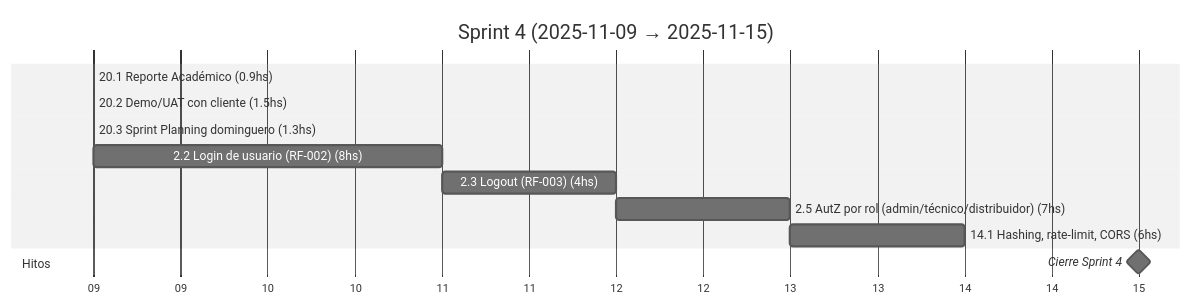
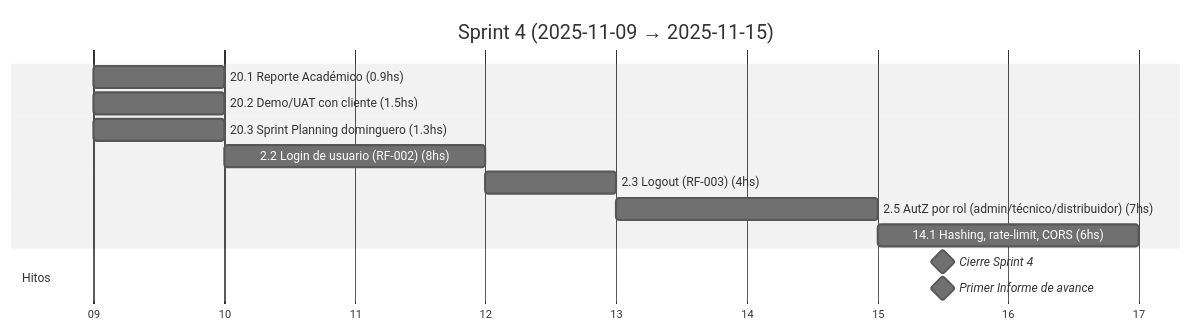
One commit to MarkMed/FleetMan changed the fifth of 18 diagrams in docs/SprintsGantts.md. Above: the diagram before and after it, drawn with Mermaid (neutral theme). The commit also changed other lines of this file, not shown here.

````diff
--- a/docs/SprintsGantts.md
+++ b/docs/SprintsGantts.md
@@ -127,19 +126,20 @@
 ```mermaid
 gantt
   title Sprint 4 (2025-11-09 → 2025-11-15)
   dateFormat  YYYY-MM-DD
   axisFormat  %d
 
   %% Asumimos 5 h/día. Horas estimadas incluidas en el nombre.
 
-  20.1 Reporte Académico (0.9hs)               :t201, 2025-11-09, 0.2d
-  20.2 Demo/UAT con cliente (1.5hs)            :t202, after t201, 0.3d
-  20.3 Sprint Planning dominguero (1.3hs)      :t203, after t202, 0.3d
-  2.2 Login de usuario (RF-002) (8hs)          :t22, after t203, 1.6d
-  2.3 Logout (RF-003) (4hs)                    :t23, after t22, 0.8d
-  2.5 AutZ por rol (admin/técnico/distribuidor) (7hs) :t25, after t23, 1.4d
-  14.1 Hashing, rate-limit, CORS (6hs)         :t141, after t25, 1.2d
+  20.1 Reporte Académico (0.9hs)               :t201, 2025-11-09, 1d
+  20.2 Demo/UAT con cliente (1.5hs)            :t202, 2025-11-09, 1d
+  20.3 Sprint Planning dominguero (1.3hs)      :t203, 2025-11-09, 1d
+  2.2 Login de usuario (RF-002) (8hs)          :t22, after t203, 2d
+  2.3 Logout (RF-003) (4hs)                    :t23, after t22, 1d
+  2.5 AutZ por rol (admin/técnico/distribuidor) (7hs) :t25, after t23, 2d
+  14.1 Hashing, rate-limit, CORS (6hs)         :t141, after t25, 2d
 
   section Hitos
-  Cierre Sprint 4                              :milestone, s4, 2025-11-15, 0d
+  Cierre Sprint 4                              :milestone, s4, 2025-11-15, 1d
+  Primer Informe de avance                   :milestone, acad1, 2025-11-15, 1d
 ```
````
